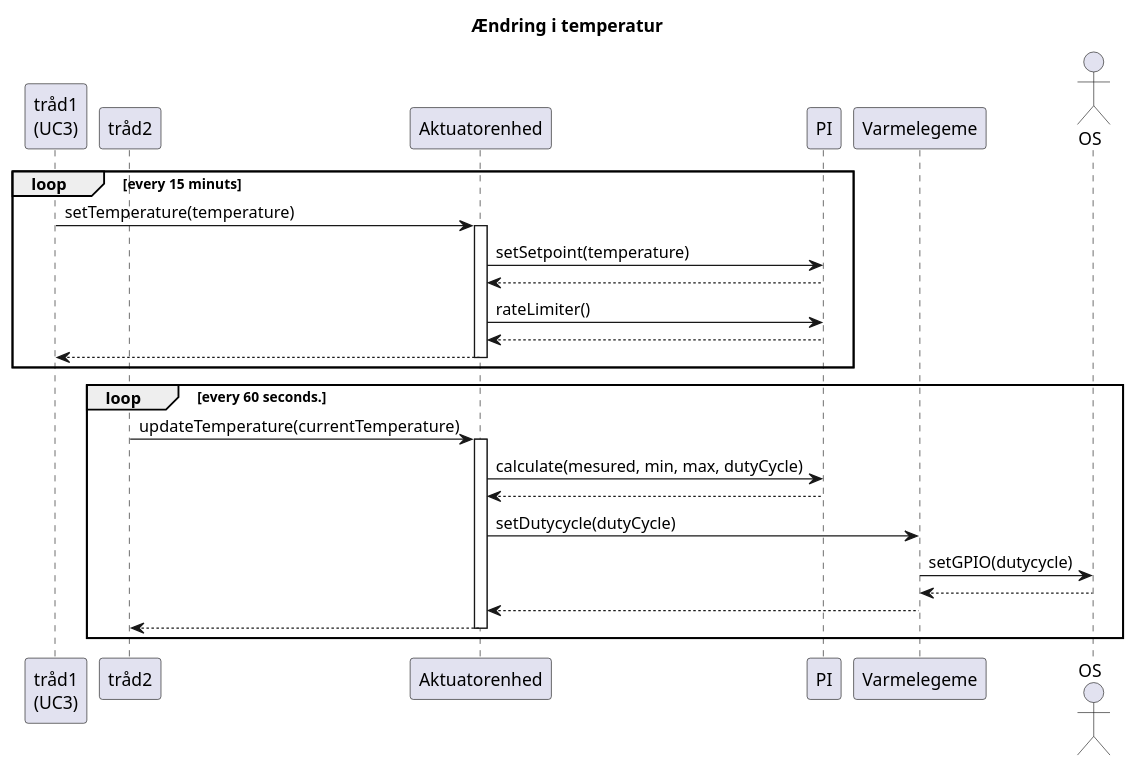
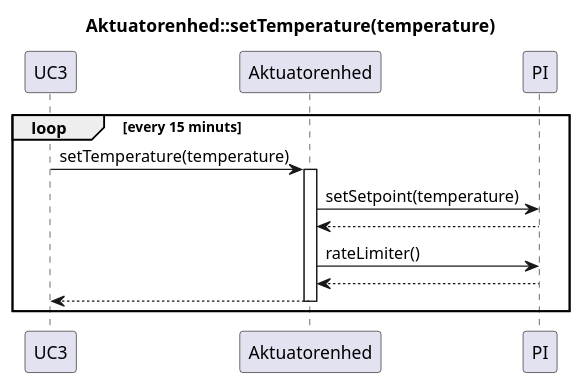
Before and after one commit to Solvgraa-mager/E4PRJ4: the diagram in Design/Akutuator enhed/Software/AE/SD_AE_setTemperatur.puml, drawn with PlantUML. The commit also changed 87 other files, not shown here.

```diff
--- a/Design/Akutuator enhed/Software/AE/SD_AE_setTemperatur.puml
+++ b/Design/Akutuator enhed/Software/AE/SD_AE_setTemperatur.puml
@@ -1,36 +1,20 @@
 @startuml 
-title Ændring i temperatur
+title Aktuatorenhed::setTemperature(temperature)
 
-participant "tråd1\n(UC3)" as u
-participant tråd2 as t2
+participant "UC3" as u
 participant Aktuatorenhed as a
 participant PI as p
-participant Varmelegeme as v
-actor OS as os
 
 loop every 15 minuts
     u -> a : setTemperature(temperature)
     activate a
     a -> p : setSetpoint(temperature)
     a <-- p
     a -> p : rateLimiter()
     a <-- p 
     u <-- a
     deactivate a
 end
 
-loop every 60 seconds.
-    t2 -> a : updateTemperature(currentTemperature)
-    activate a
-    a -> p : calculate(mesured, min, max, dutyCycle)
-    a <-- p
-    a -> v : setDutycycle(dutyCycle)
-    v -> os : setGPIO(dutycycle)
-    v <-- os
-    a <-- v
-    t2 <-- a
-    deactivate a
-end
-
 
 @enduml
```
